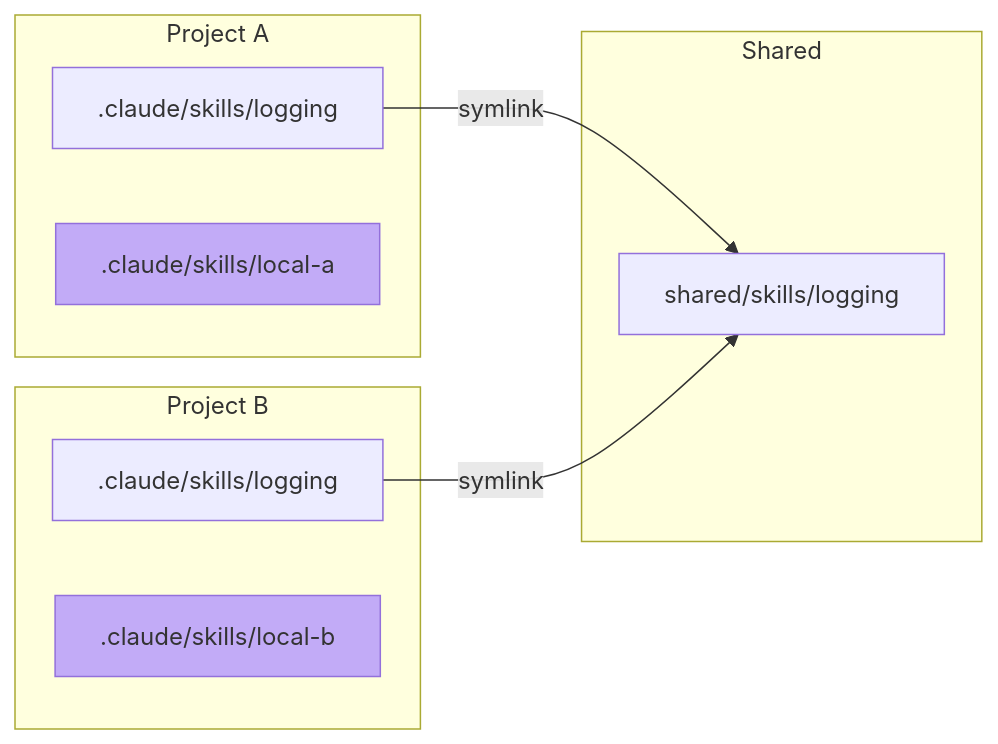
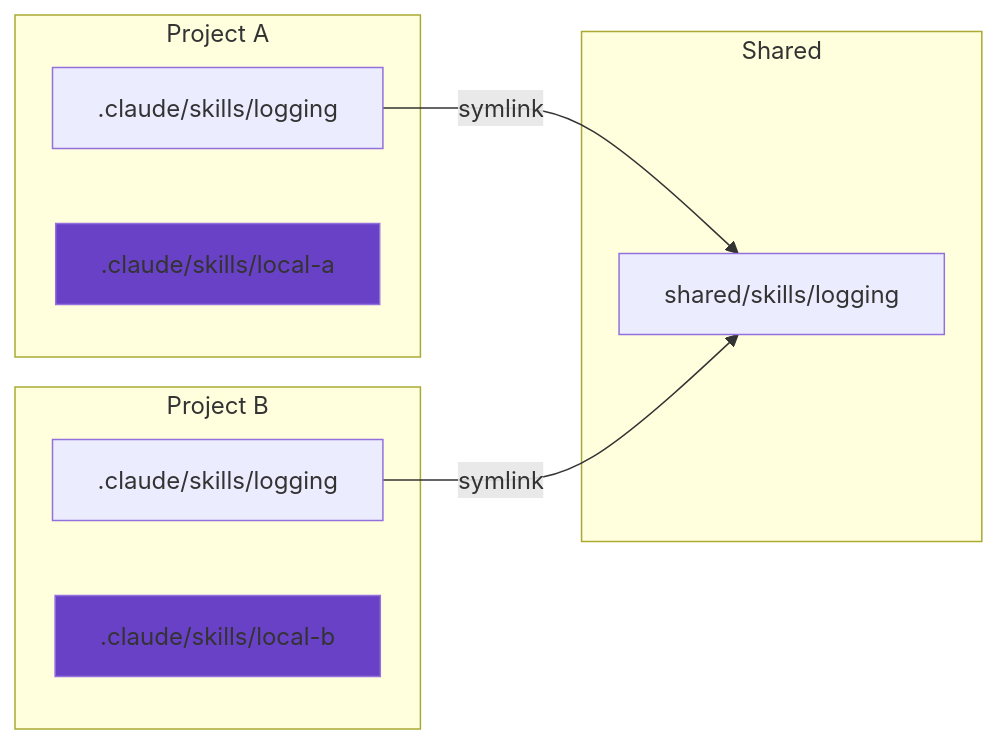
The third of 5 diagrams in README.md (transilienceai/cldpm), drawn with Mermaid before and after one commit. The commit also changed other lines of this file and 48 other files, not shown here.

````diff
--- a/README.md
+++ b/README.md
@@ -137,19 +137,19 @@
 ```mermaid
 graph LR
     subgraph "Shared"
         SC[shared/skills/logging]
     end
 
     subgraph "Project A"
         PA[.claude/skills/logging] -->|symlink| SC
         LA[.claude/skills/local-a]
     end
 
     subgraph "Project B"
         PB[.claude/skills/logging] -->|symlink| SC
         LB[.claude/skills/local-b]
     end
 
-    style LA fill:#c2abf7
-    style LB fill:#c2abf7
+    style LA fill:#6941c6
+    style LB fill:#6941c6
 ```
````
